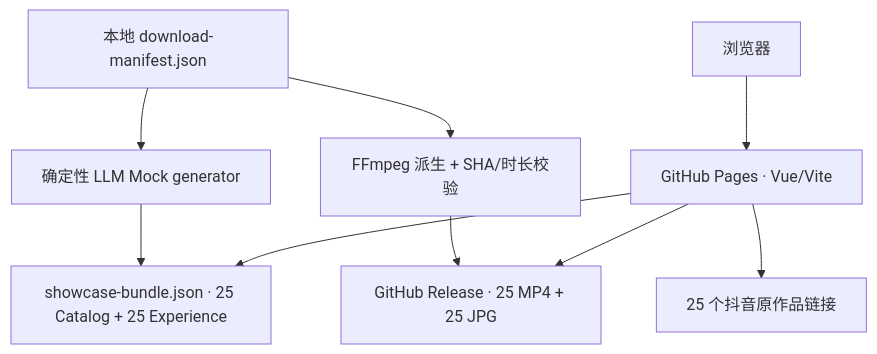
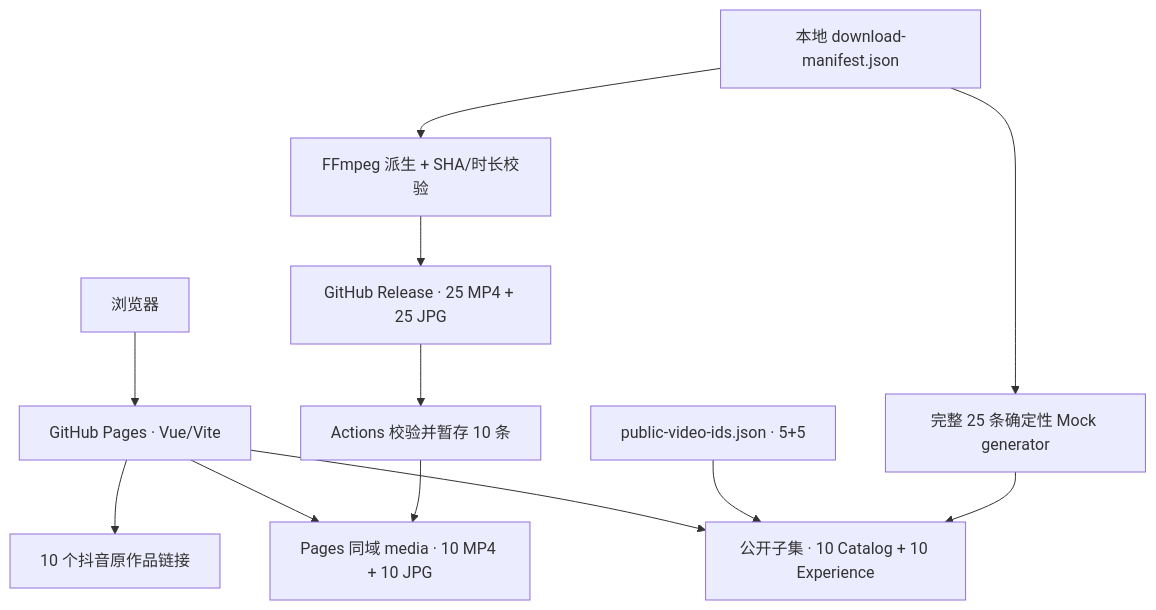
Before and after one commit to wzxsph/caibao: the first of 3 diagrams in docs/ARCHITECTURE.md, drawn with Mermaid. The commit also changed other lines of this file and 9 other files, not shown here.

Commit message:
docs: record ten-video same-origin showcase

````diff
--- a/docs/ARCHITECTURE.md
+++ b/docs/ARCHITECTURE.md
@@ -13,11 +13,14 @@
 ```mermaid
 flowchart TD
   Browser["浏览器"] --> Pages["GitHub Pages · Vue/Vite"]
-  Pages --> Bundle["showcase-bundle.json · 25 Catalog + 25 Experience"]
-  Pages --> Release["GitHub Release · 25 MP4 + 25 JPG"]
-  Pages --> Source["25 个抖音原作品链接"]
+  Pages --> Bundle["公开子集 · 10 Catalog + 10 Experience"]
+  Pages --> Media["Pages 同域 media · 10 MP4 + 10 JPG"]
+  Pages --> Source["10 个抖音原作品链接"]
   Manifest["本地 download-manifest.json"] --> Prepare["FFmpeg 派生 + SHA/时长校验"]
-  Manifest --> Mock["确定性 LLM Mock generator"]
+  Manifest --> Mock["完整 25 条确定性 Mock generator"]
+  Public["public-video-ids.json · 5+5"] --> Bundle
   Prepare --> Release
+  Release["GitHub Release · 25 MP4 + 25 JPG"] --> Stage["Actions 校验并暂存 10 条"]
+  Stage --> Media
   Mock --> Bundle
 ```
````
